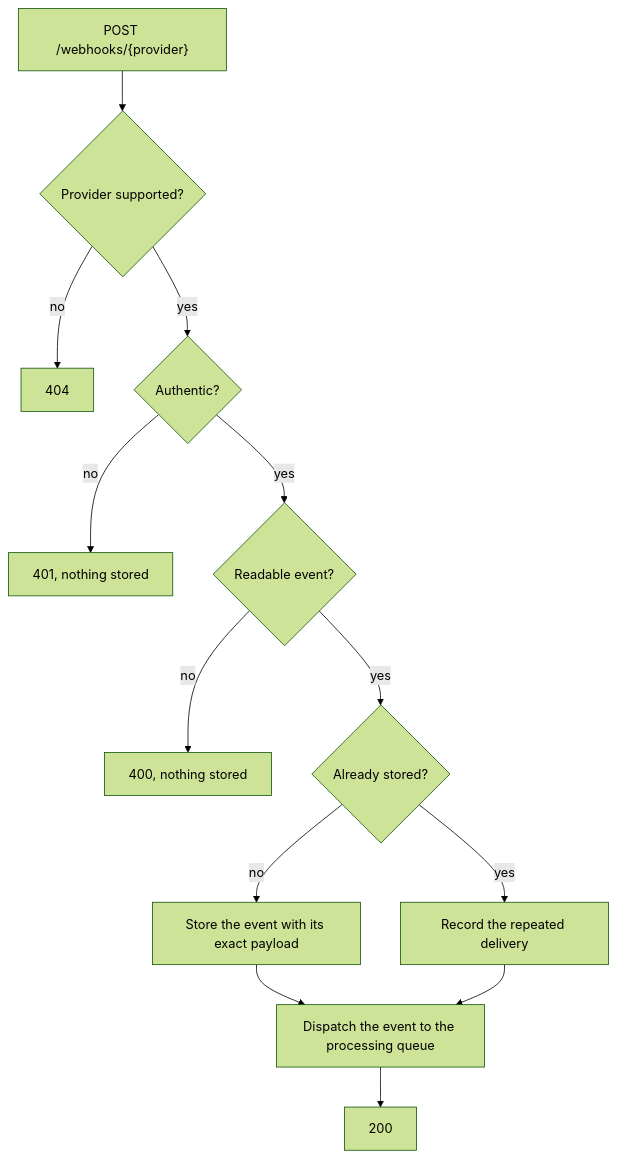
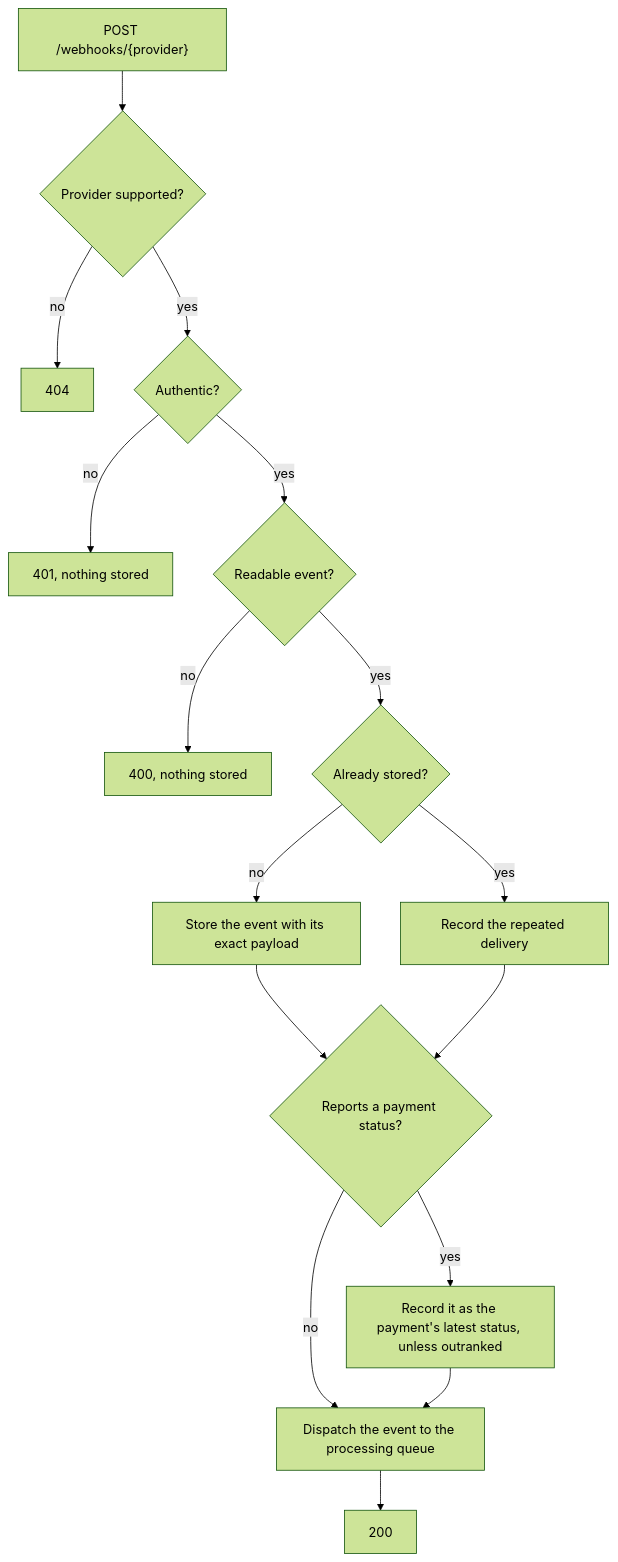
The first of 2 diagrams in docs/architecture/webhook-receipt.md (gabrielroriz/aws-resilient-payment-flow), drawn with Mermaid (forest theme) before and after one commit. The commit also changed other lines of this file and 20 other files, not shown here.

First line of the commit message:
feat: flag webhook events that arrive after a newer event of their payment

````diff
--- a/docs/architecture/webhook-receipt.md
+++ b/docs/architecture/webhook-receipt.md
@@ -7,15 +7,18 @@
 ```mermaid
 flowchart TD
     Request["POST /webhooks/{provider}"] --> Find{"Provider supported?"}
     Find -->|no| NotFound["404"]
     Find -->|yes| Auth{"Authentic?"}
     Auth -->|no| Unauthorized["401, nothing stored"]
     Auth -->|yes| Parse{"Readable event?"}
     Parse -->|no| Malformed["400, nothing stored"]
     Parse -->|yes| Stored{"Already stored?"}
     Stored -->|no| Create["Store the event with its exact payload"]
     Stored -->|yes| Duplicate["Record the repeated delivery"]
-    Create --> Dispatch["Dispatch the event to the processing queue"]
-    Duplicate --> Dispatch
+    Create --> Status{"Reports a payment status?"}
+    Duplicate --> Status
+    Status -->|yes| Rank["Record it as the payment's latest status, unless outranked"]
+    Status -->|no| Dispatch["Dispatch the event to the processing queue"]
+    Rank --> Dispatch
     Dispatch --> Ack["200"]
 ```
````
